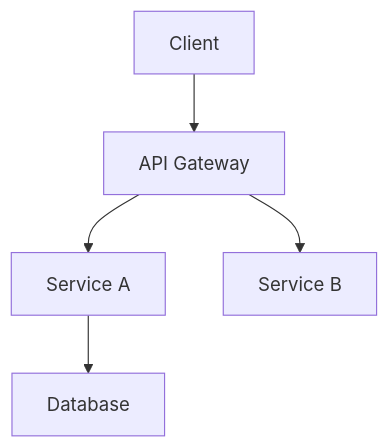
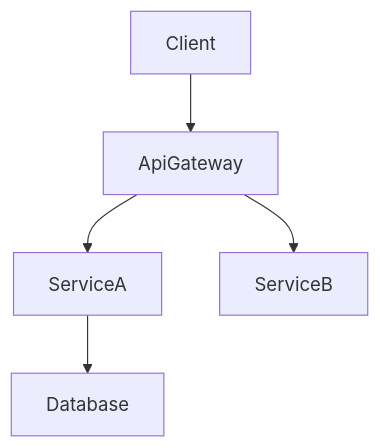
The diagram in .kiro/settings/rules/design-principles.md (takpanda/scrap-board), drawn with Mermaid before and after one commit. The commit also changed other lines of this file and 13 other files, not shown here.

````diff
--- a/.kiro/settings/rules/design-principles.md
+++ b/.kiro/settings/rules/design-principles.md
@@ -64,7 +71,7 @@
 ```mermaid
 graph TB
-    A[Client] --> B[API Gateway]
-    B --> C[Service A]
-    B --> D[Service B]
-    C --> E[Database]
+    Client --> ApiGateway
+    ApiGateway --> ServiceA
+    ApiGateway --> ServiceB
+    ServiceA --> Database
 ```
````
